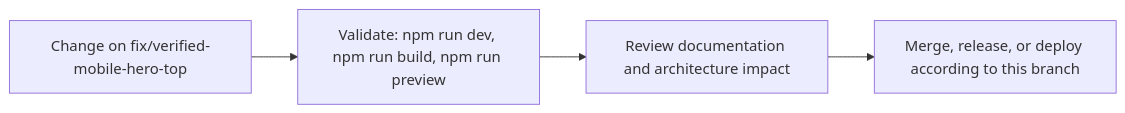
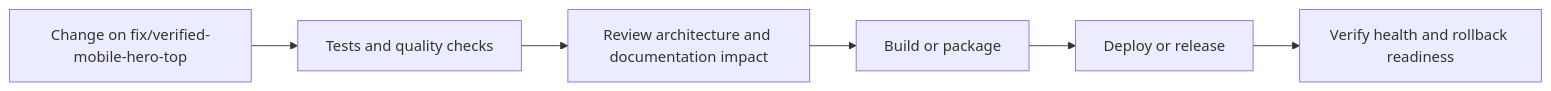
One commit to Nischhalsubba/nischhalsubba.com.np changed the seventh of 8 diagrams in README.md. Above: the diagram before and after it, drawn with Mermaid. The commit also changed other lines of this file, not shown here.

````diff
--- a/README.md
+++ b/README.md
@@ -86,8 +216,8 @@
 ```mermaid
 flowchart LR
-    CHANGE["Change on fix/verified-mobile-hero-top"]
-    CHECK["Validate: npm run dev, npm run build, npm run preview"]
-    REVIEW["Review documentation and architecture impact"]
-    RELEASE["Merge, release, or deploy according to this branch"]
-    CHANGE --> CHECK --> REVIEW --> RELEASE
+    CHANGE["Change on fix/verified-mobile-hero-top"] --> CHECK["Tests and quality checks"]
+    CHECK --> REVIEW["Review architecture and documentation impact"]
+    REVIEW --> BUILD["Build or package"]
+    BUILD --> DEPLOY["Deploy or release"]
+    DEPLOY --> VERIFY["Verify health and rollback readiness"]
 ```
````
